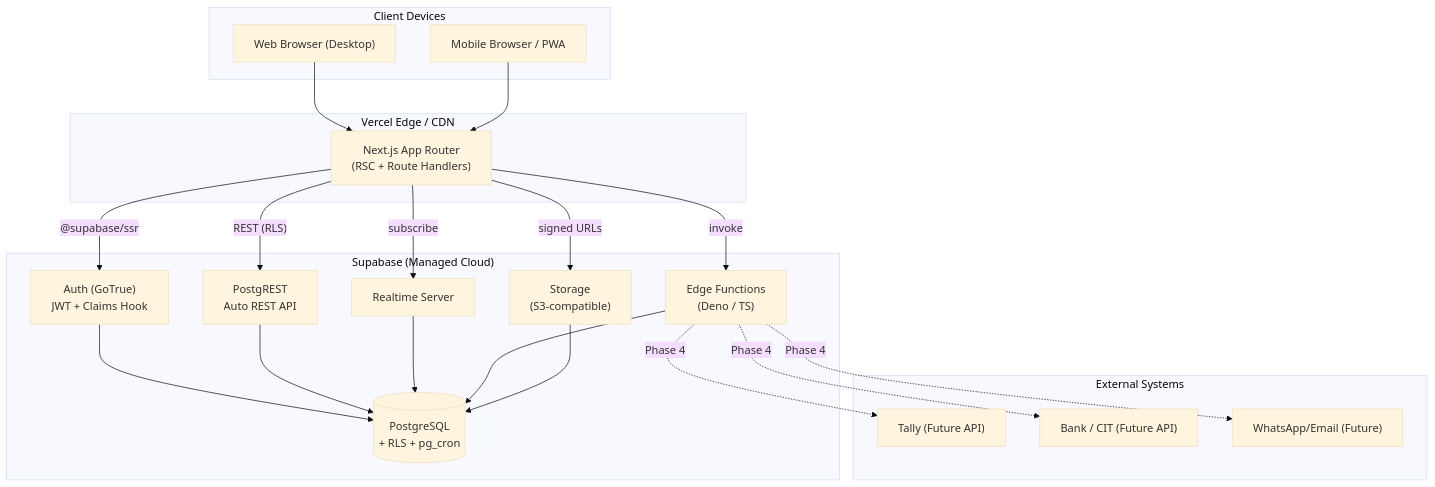
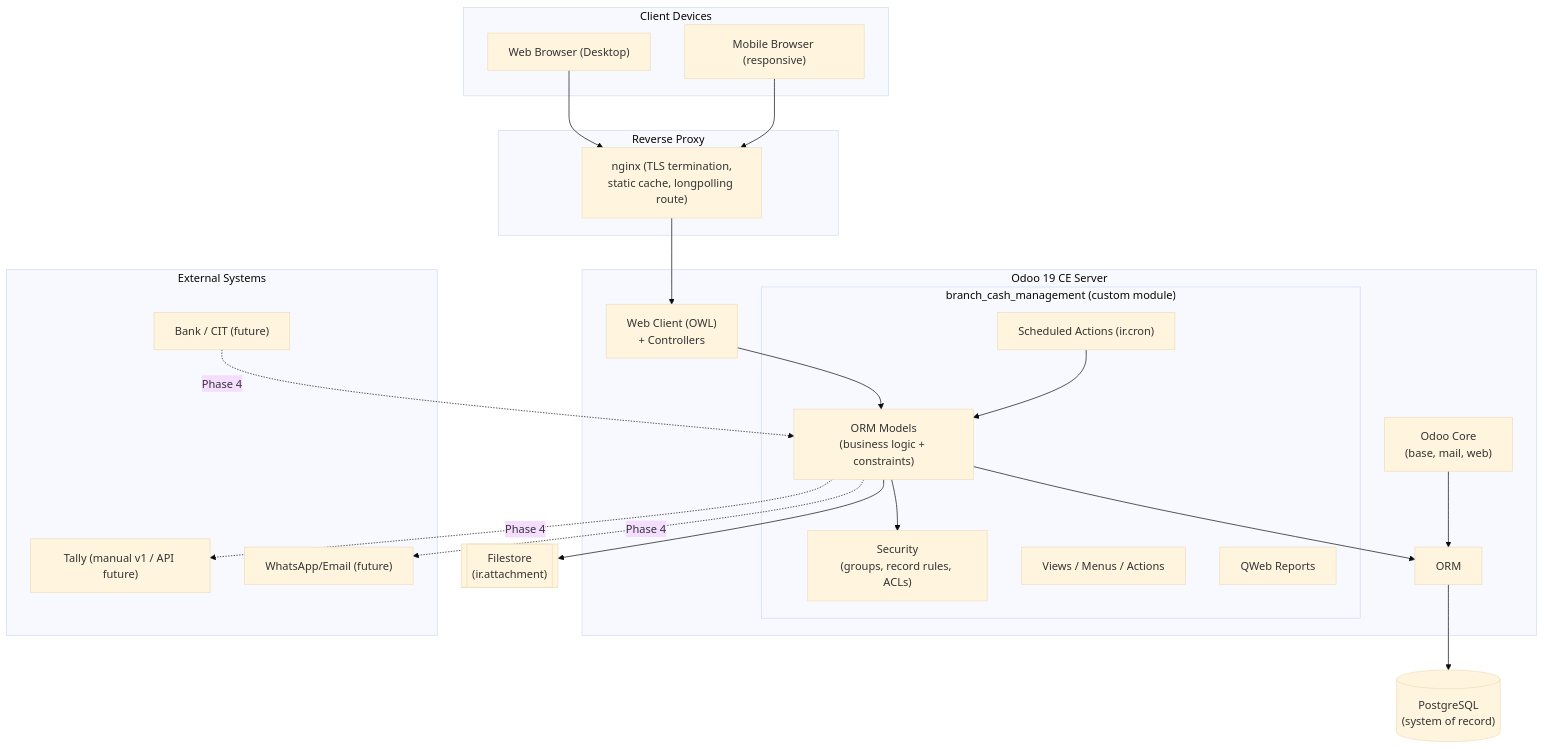
Before and after one commit to arunideen/branch-cash-management-system-odoo: the first of 8 diagrams in docs/TechnicalArchitecture.md, drawn with Mermaid (base theme). The commit also changed other lines of this file and 53 other files, not shown here.

````diff
--- a/docs/TechnicalArchitecture.md
+++ b/docs/TechnicalArchitecture.md
@@ -72,42 +71,47 @@
 ```mermaid
 graph TB
     subgraph Clients["Client Devices"]
         Web["Web Browser (Desktop)"]
-        Mobile["Mobile Browser / PWA"]
+        Mobile["Mobile Browser (responsive)"]
     end
 
-    subgraph Edge["Vercel Edge / CDN"]
-        Next["Next.js App Router<br/>(RSC + Route Handlers)"]
+    subgraph Edge["Reverse Proxy"]
+        NGINX["nginx (TLS termination,<br/>static cache, longpolling route)"]
     end
 
-    subgraph Supabase["Supabase (Managed Cloud)"]
-        Auth["Auth (GoTrue)<br/>JWT + Claims Hook"]
-        REST["PostgREST<br/>Auto REST API"]
-        RT["Realtime Server"]
-        EF["Edge Functions<br/>(Deno / TS)"]
-        ST["Storage<br/>(S3-compatible)"]
-        PG[("PostgreSQL<br/>+ RLS + pg_cron")]
+    subgraph Server["Odoo 19 CE Server"]
+        WEB["Web Client (OWL)<br/>+ Controllers"]
+        subgraph MOD["branch_cash_management (custom module)"]
+            MODELS["ORM Models<br/>(business logic + constraints)"]
+            SEC["Security<br/>(groups, record rules, ACLs)"]
+            VIEWS["Views / Menus / Actions"]
+            REPORT["QWeb Reports"]
+            CRON["Scheduled Actions (ir.cron)"]
+        end
+        CORE["Odoo Core<br/>(base, mail, web)"]
+        ORM["ORM"]
     end
 
+    PG[("PostgreSQL<br/>(system of record)")]
+    FS[["Filestore<br/>(ir.attachment)"]]
+
     subgraph External["External Systems"]
-        Tally["Tally (Future API)"]
-        BankAPI["Bank / CIT (Future API)"]
-        Notify["WhatsApp/Email (Future)"]
+        Tally["Tally (manual v1 / API future)"]
+        BankAPI["Bank / CIT (future)"]
+        Notify["WhatsApp/Email (future)"]
     end
 
-    Web --> Next
-    Mobile --> Next
-    Next -->|"@supabase/ssr"| Auth
-    Next -->|"REST (RLS)"| REST
-    Next -->|"subscribe"| RT
-    Next -->|"invoke"| EF
-    Next -->|"signed URLs"| ST
-    Auth --> PG
-    REST --> PG
-    RT --> PG
-    EF --> PG
-    EF -.->|"Phase 4"| Tally
-    EF -.->|"Phase 4"| BankAPI
-    EF -.->|"Phase 4"| Notify
-    ST --> PG
+    Web --> NGINX
+    Mobile --> NGINX
+    NGINX --> WEB
+    WEB --> MODELS
+    MODELS --> SEC
+    MODELS --> ORM
+    CORE --> ORM
+    ORM --> PG
+    MODELS --> FS
+    CRON --> MODELS
+    MODELS -.->|"Phase 4"| Tally
+    BankAPI -.->|"Phase 4"| MODELS
+    MODELS -.->|"Phase 4"| Notify
 ```
````
